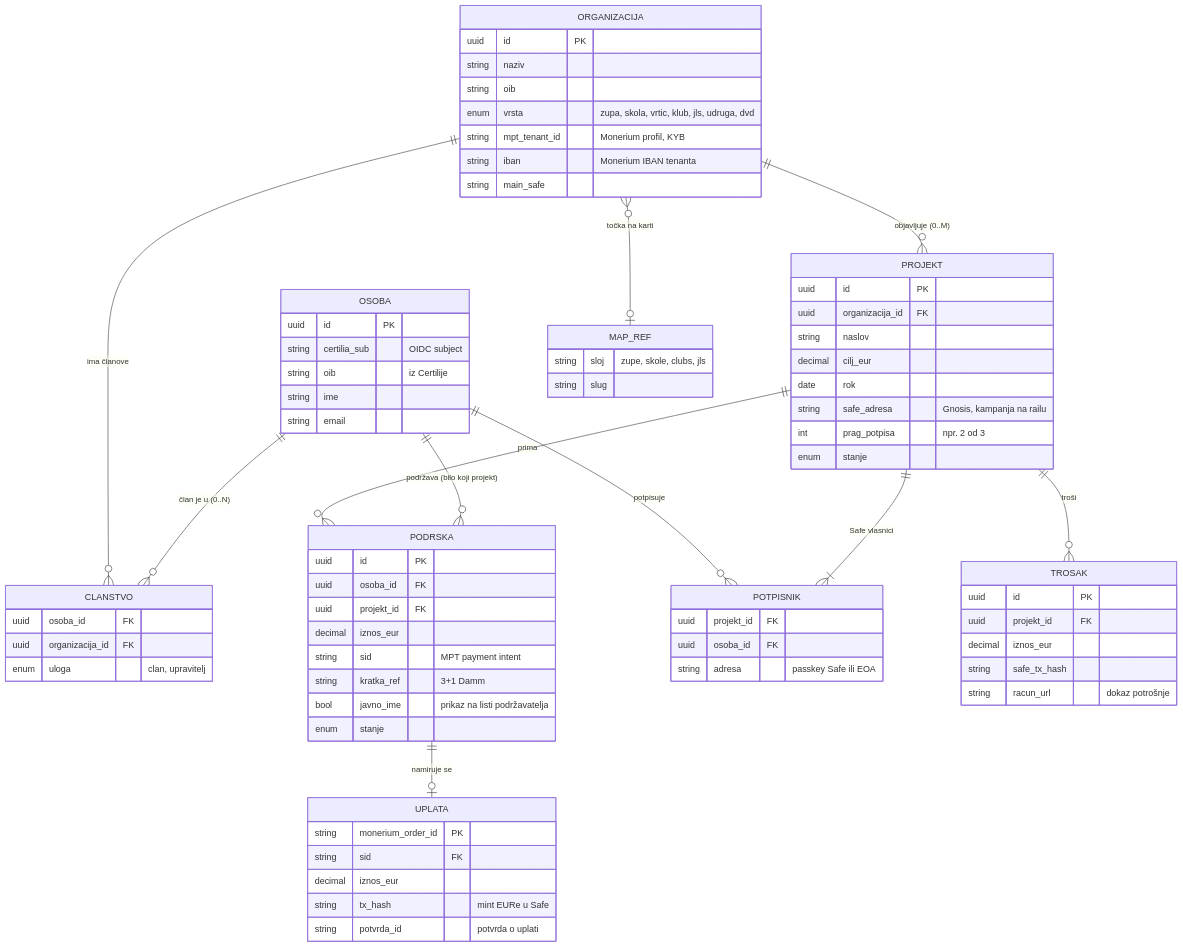
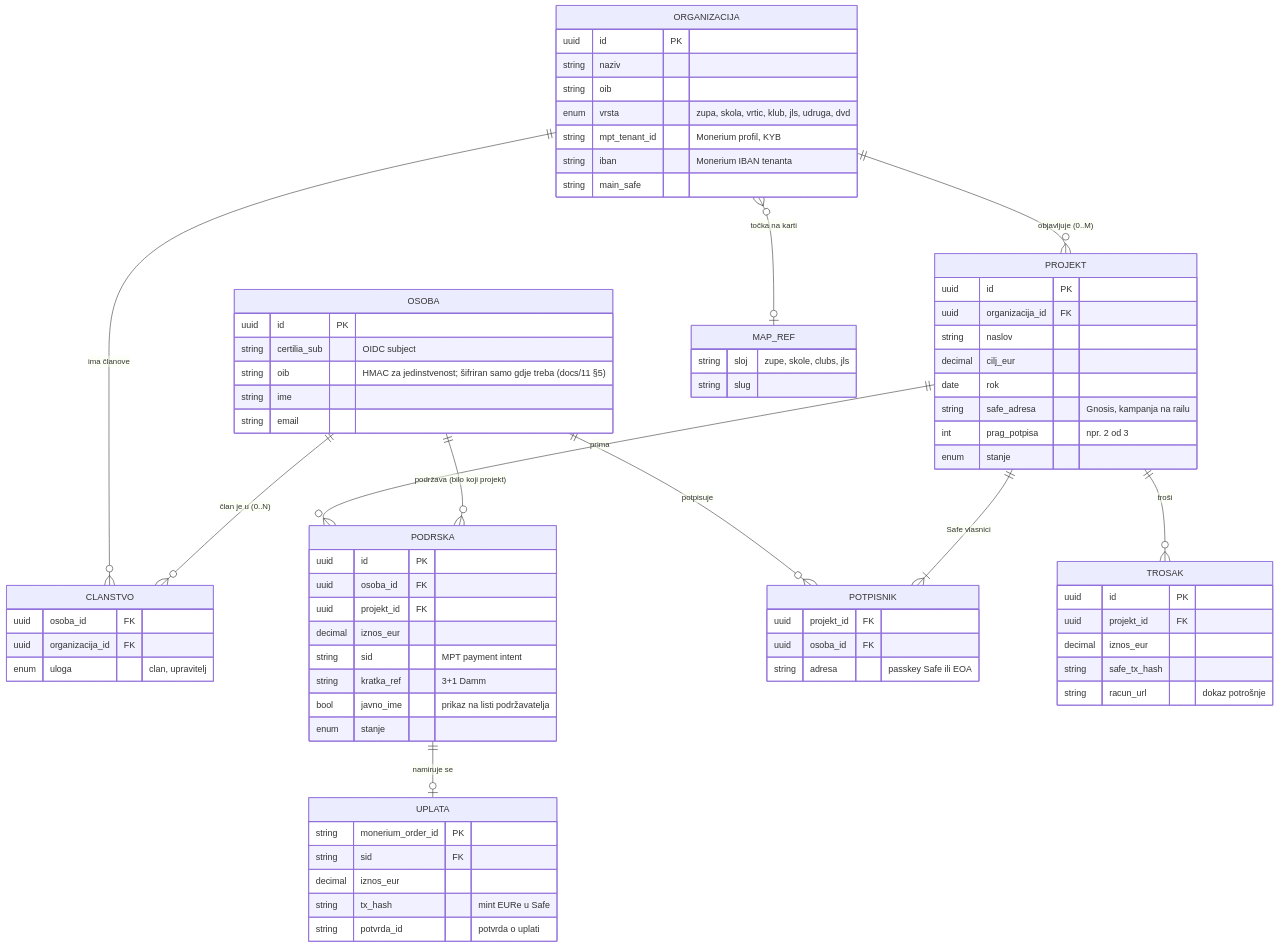
One commit to domovinatv/zajedno.domovina.ai changed the diagram in docs/03-domenski-model.md. Above: the diagram before and after it, drawn with Mermaid. The commit also changed other lines of this file and 8 other files, not shown here.

````diff
--- a/docs/03-domenski-model.md
+++ b/docs/03-domenski-model.md
@@ -27,78 +34,78 @@
 ```mermaid
 erDiagram
     OSOBA ||--o{ CLANSTVO : "član je u (0..N)"
     ORGANIZACIJA ||--o{ CLANSTVO : "ima članove"
     ORGANIZACIJA ||--o{ PROJEKT : "objavljuje (0..M)"
     OSOBA ||--o{ PODRSKA : "podržava (bilo koji projekt)"
     PROJEKT ||--o{ PODRSKA : "prima"
     PODRSKA ||--o| UPLATA : "namiruje se"
     PROJEKT ||--|{ POTPISNIK : "Safe vlasnici"
     OSOBA ||--o{ POTPISNIK : "potpisuje"
     PROJEKT ||--o{ TROSAK : "troši"
     ORGANIZACIJA }o--o| MAP_REF : "točka na karti"
 
     OSOBA {
         uuid id PK
         string certilia_sub "OIDC subject"
-        string oib "iz Certilije"
+        string oib "HMAC za jedinstvenost; šifriran samo gdje treba (docs/11 §5)"
         string ime
         string email
     }
     ORGANIZACIJA {
         uuid id PK
         string naziv
         string oib
         enum vrsta "zupa, skola, vrtic, klub, jls, udruga, dvd"
         string mpt_tenant_id "Monerium profil, KYB"
         string iban "Monerium IBAN tenanta"
         string main_safe
     }
     MAP_REF {
         string sloj "zupe, skole, clubs, jls"
         string slug
     }
     CLANSTVO {
         uuid osoba_id FK
         uuid organizacija_id FK
         enum uloga "clan, upravitelj"
     }
     PROJEKT {
         uuid id PK
         uuid organizacija_id FK
         string naslov
         decimal cilj_eur
         date rok
         string safe_adresa "Gnosis, kampanja na railu"
         int prag_potpisa "npr. 2 od 3"
         enum stanje
     }
     POTPISNIK {
         uuid projekt_id FK
         uuid osoba_id FK
         string adresa "passkey Safe ili EOA"
     }
     PODRSKA {
         uuid id PK
         uuid osoba_id FK
         uuid projekt_id FK
         decimal iznos_eur
         string sid "MPT payment intent"
         string kratka_ref "3+1 Damm"
         bool javno_ime "prikaz na listi podržavatelja"
         enum stanje
     }
     UPLATA {
         string monerium_order_id PK
         string sid FK
         decimal iznos_eur
         string tx_hash "mint EURe u Safe"
         string potvrda_id "potvrda o uplati"
     }
     TROSAK {
         uuid id PK
         uuid projekt_id FK
         decimal iznos_eur
         string safe_tx_hash
         string racun_url "dokaz potrošnje"
     }
 ```
````
